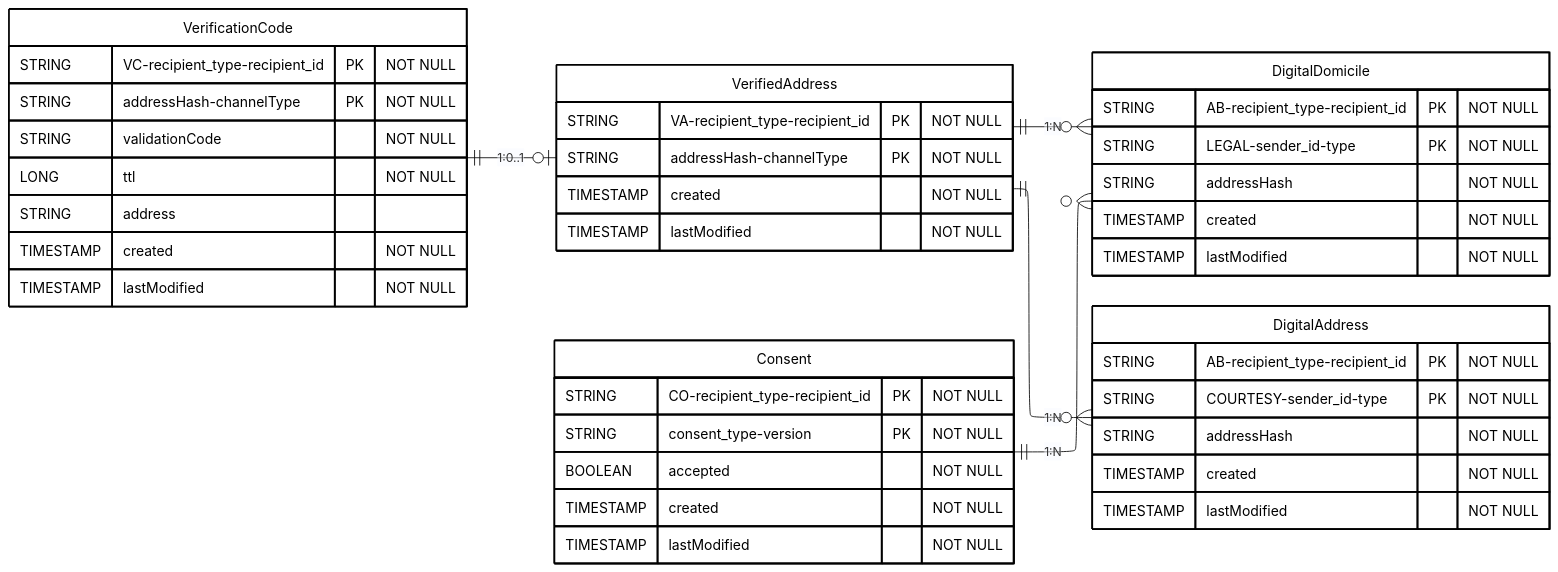
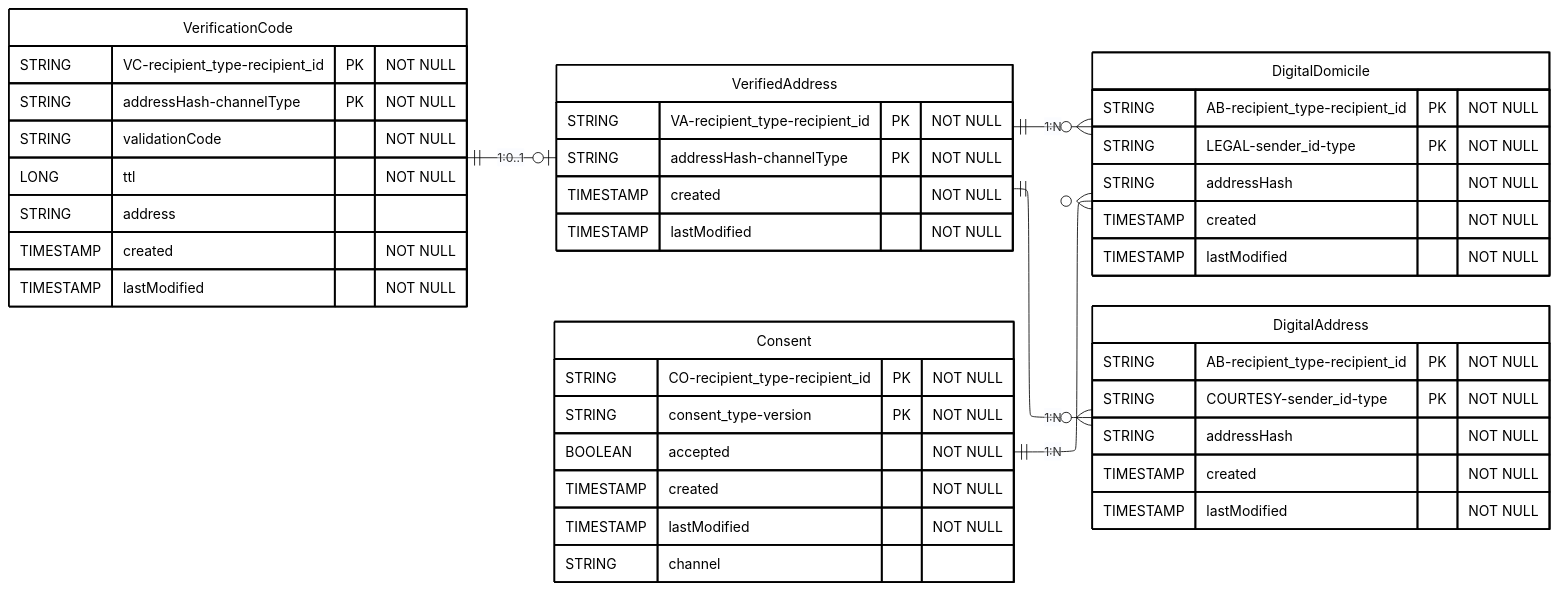
Before and after one commit to pagopa/pn-metrics: the diagram in send_diagrams/data-models/domicili_e_recapiti_digitali/domicili_e_recapiti_digitali.mmd, drawn with Mermaid.

Commit message:
docs: add channel field in Consent entity in domicili_e_recapiti_digitali.mmd

```diff
--- a/send_diagrams/data-models/domicili_e_recapiti_digitali/domicili_e_recapiti_digitali.mmd
+++ b/send_diagrams/data-models/domicili_e_recapiti_digitali/domicili_e_recapiti_digitali.mmd
@@ -1,82 +1,83 @@
 ---
 config:
   layout: elk
   theme: base
 ---
 erDiagram
 
     %% diagram version: 1.0.0
 
     %% sources:
     %% - dc-pn-user-attributes.yaml
     %%   id: urn:send:recapiti-deleghe:user-attributes
     %%   version: 0.0.1
 
     direction LR
 
     VerificationCode {
         STRING VC-recipient_type-recipient_id PK "NOT NULL"
         STRING addressHash-channelType PK "NOT NULL"
         STRING validationCode "NOT NULL"
         LONG ttl "NOT NULL"
         STRING address
         TIMESTAMP created "NOT NULL"
         TIMESTAMP lastModified "NOT NULL"
     }
 
     VerifiedAddress {
         STRING VA-recipient_type-recipient_id PK "NOT NULL"
         STRING addressHash-channelType PK "NOT NULL"
         TIMESTAMP created "NOT NULL"
         TIMESTAMP lastModified "NOT NULL"
     }
 
     DigitalDomicile {
         STRING AB-recipient_type-recipient_id PK "NOT NULL"
         STRING LEGAL-sender_id-type PK "NOT NULL"
         STRING addressHash "NOT NULL"
         TIMESTAMP created "NOT NULL"
         TIMESTAMP lastModified "NOT NULL"
     }
 
     DigitalAddress {
         STRING AB-recipient_type-recipient_id PK "NOT NULL"
         STRING COURTESY-sender_id-type PK "NOT NULL"
         STRING addressHash "NOT NULL"
         TIMESTAMP created "NOT NULL"
         TIMESTAMP lastModified "NOT NULL"
     }
 
     Consent {
         STRING CO-recipient_type-recipient_id PK "NOT NULL"
         STRING consent_type-version PK "NOT NULL"
         BOOLEAN accepted "NOT NULL"
         TIMESTAMP created "NOT NULL"
         TIMESTAMP lastModified "NOT NULL"
+        STRING channel
     }
 
     %% RELAZIONI
 
     %% VerificationCode.addressHash-channelType = VerifiedAddress.addressHash-channelType
     %% Un indirizzo verificato deriva da un precedente record di validazione OTP
     VerificationCode ||--o| VerifiedAddress : "1:0..1"
 
     %% VerifiedAddress.addressHash-channelType = DigitalDomicile.addressHash
     %% Un indirizzo verificato può essere utilizzato da uno o più domicili legali (default o per ente)
     VerifiedAddress ||--o{ DigitalDomicile : "1:N"
 
     %% VerifiedAddress.addressHash-channelType = DigitalAddress.addressHash
     %% Un indirizzo verificato può essere utilizzato da uno o più recapiti di cortesia (default o per ente)
     VerifiedAddress ||--o{ DigitalAddress : "1:N"
 
     %% Consent.recipient_id  = DigitalDomicile.recipient_id 
     %% Alcuni domicili legali (es. SERCQ) richiedono il previo consenso dell'utente
     Consent ||--o{ DigitalDomicile : "1:N"
 
     %% STILE
 
     style VerificationCode fill:#FFFFFF,stroke:#000000,stroke-width:2px,color:#000000
     style VerifiedAddress fill:#FFFFFF,stroke:#000000,stroke-width:2px,color:#000000
     style DigitalDomicile fill:#FFFFFF,stroke:#000000,stroke-width:2px,color:#000000
     style DigitalAddress fill:#FFFFFF,stroke:#000000,stroke-width:2px,color:#000000
     style Consent fill:#FFFFFF,stroke:#000000,stroke-width:2px,color:#000000
```
